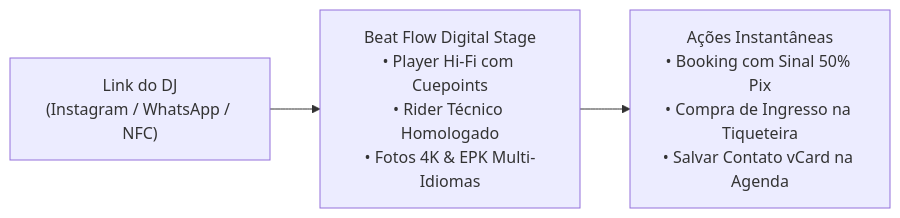
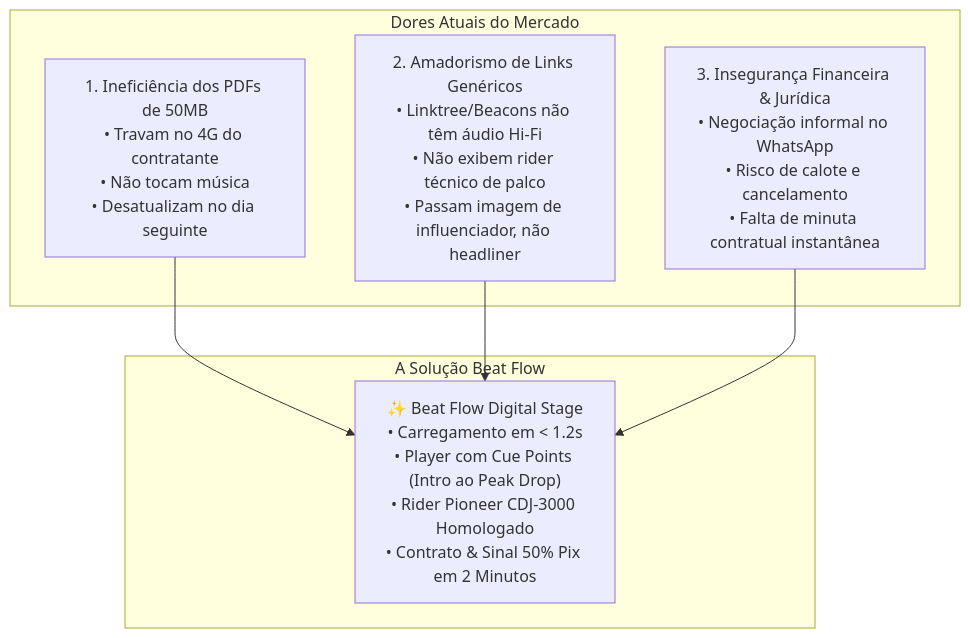
Before and after one commit to emersoncossi-boop/beat-flow: the first of 3 diagrams in DOCUMENTACAO_COMPLETA.md, drawn with Mermaid. The commit also changed other lines of this file, not shown here.

````diff
--- a/DOCUMENTACAO_COMPLETA.md
+++ b/DOCUMENTACAO_COMPLETA.md
@@ -23,5 +23,16 @@
 ```mermaid
-flowchart LR
-    A["Link do DJ<br>(Instagram / WhatsApp / NFC)"] --> B["Beat Flow Digital Stage<br>• Player Hi-Fi com Cuepoints<br>• Rider Técnico Homologado<br>• Fotos 4K & EPK Multi-Idiomas"]
-    B --> C["Ações Instantâneas<br>• Booking com Sinal 50% Pix<br>• Compra de Ingresso na Tiqueteira<br>• Salvar Contato vCard na Agenda"]
+flowchart TD
+    subgraph Dores Atuais do Mercado
+        D1["1. Ineficiência dos PDFs de 50MB<br>• Travam no 4G do contratante<br>• Não tocam música<br>• Desatualizam no dia seguinte"]
+        D2["2. Amadorismo de Links Genéricos<br>• Linktree/Beacons não têm áudio Hi-Fi<br>• Não exibem rider técnico de palco<br>• Passam imagem de influenciador, não headliner"]
+        D3["3. Insegurança Financeira & Jurídica<br>• Negociação informal no WhatsApp<br>• Risco de calote e cancelamento<br>• Falta de minuta contratual instantânea"]
+    end
+
+    subgraph A Solução Beat Flow
+        S1["✨ Beat Flow Digital Stage<br>• Carregamento em < 1.2s<br>• Player com Cue Points (Intro ao Peak Drop)<br>• Rider Pioneer CDJ-3000 Homologado<br>• Contrato & Sinal 50% Pix em 2 Minutos"]
+    end
+
+    D1 --> S1
+    D2 --> S1
+    D3 --> S1
 ```
````
